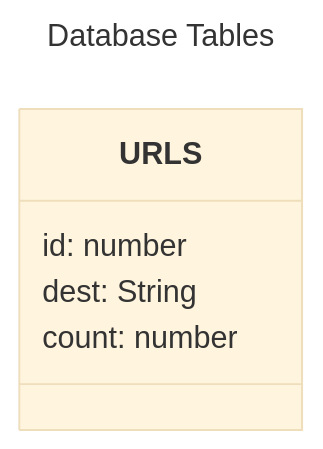
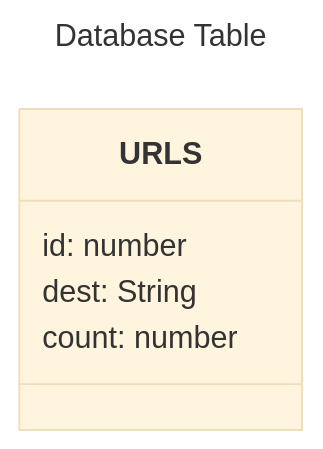
One commit to larc63/solid-guide changed the third of 3 diagrams in solid-urls/README.md. Above: the diagram before and after it, drawn with Mermaid (base theme). The commit also changed other lines of this file and 3 other files, not shown here.

````diff
--- a/solid-urls/README.md
+++ b/solid-urls/README.md
@@ -66,11 +58,11 @@
 ```mermaid
 ---
-title: Database Tables
+title: Database Table
 ---
 classDiagram
     class URLS {
         id: number
         dest: String
         count: number
     }
 ```
````
